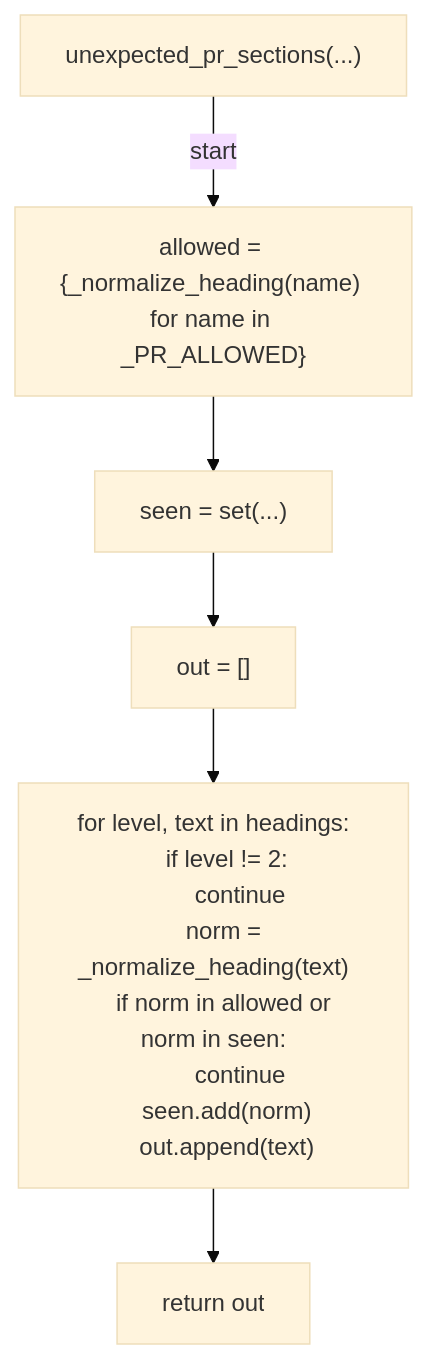
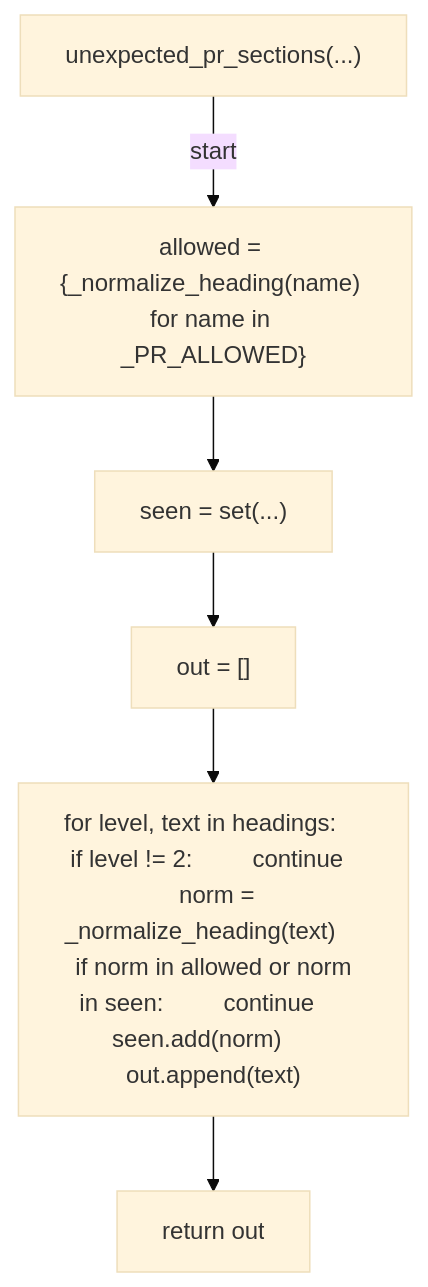
Before and after one commit to tvna/claude-md: the fifth of 25 diagrams in docs/generated/scripts/ast/body_policy.md, drawn with Mermaid (base theme). The commit also changed other lines of this file and 20 other files, not shown here.

First line of the commit message:
docs(generated): regenerate decision tree and workflow diagrams (batch 1/5)

````diff
--- a/docs/generated/scripts/ast/body_policy.md
+++ b/docs/generated/scripts/ast/body_policy.md
@@ -70,21 +65,14 @@
 ```mermaid
 flowchart TD
     N001["unexpected_pr_sections(...)"]
     N002["allowed = {_normalize_heading(name) for name in _PR_ALLOWED}"]
     N003["seen = set(...)"]
     N004["out = []"]
-    N005["for level, text in headings:
-    if level != 2:
-        continue
-    norm = _normalize_heading(text)
-    if norm in allowed or norm in seen:
-        continue
-    seen.add(norm)
-    out.append(text)"]
+    N005["for level, text in headings:     if level != 2:         continue     norm = _normalize_heading(text)     if norm in allowed or norm in seen:         continue     seen.add(norm)     out.append(text)"]
     N006["return out"]
     N001 -->|"start"| N002
     N002 --> N003
     N003 --> N004
     N004 --> N005
     N005 --> N006
 ```
````
